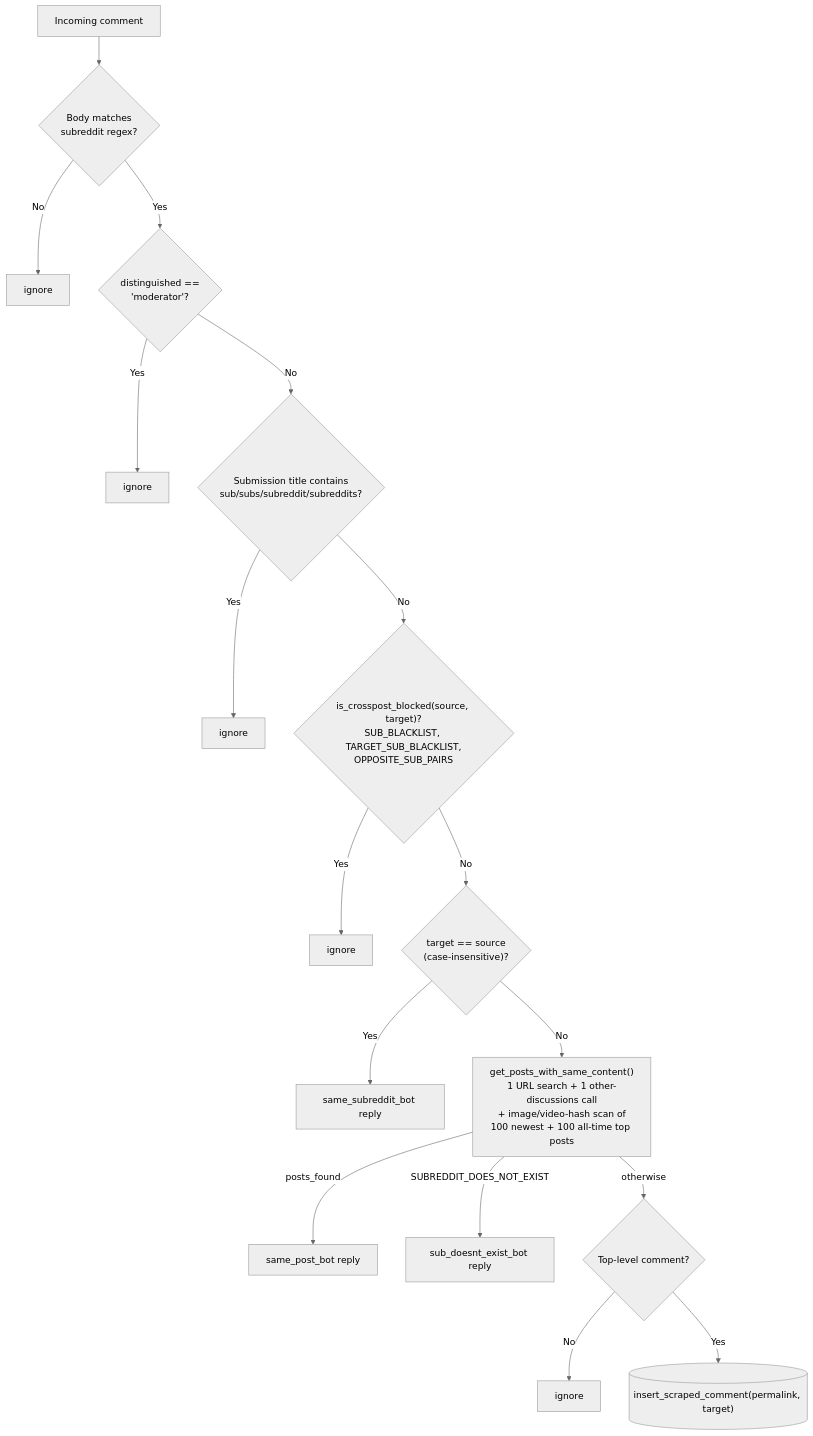
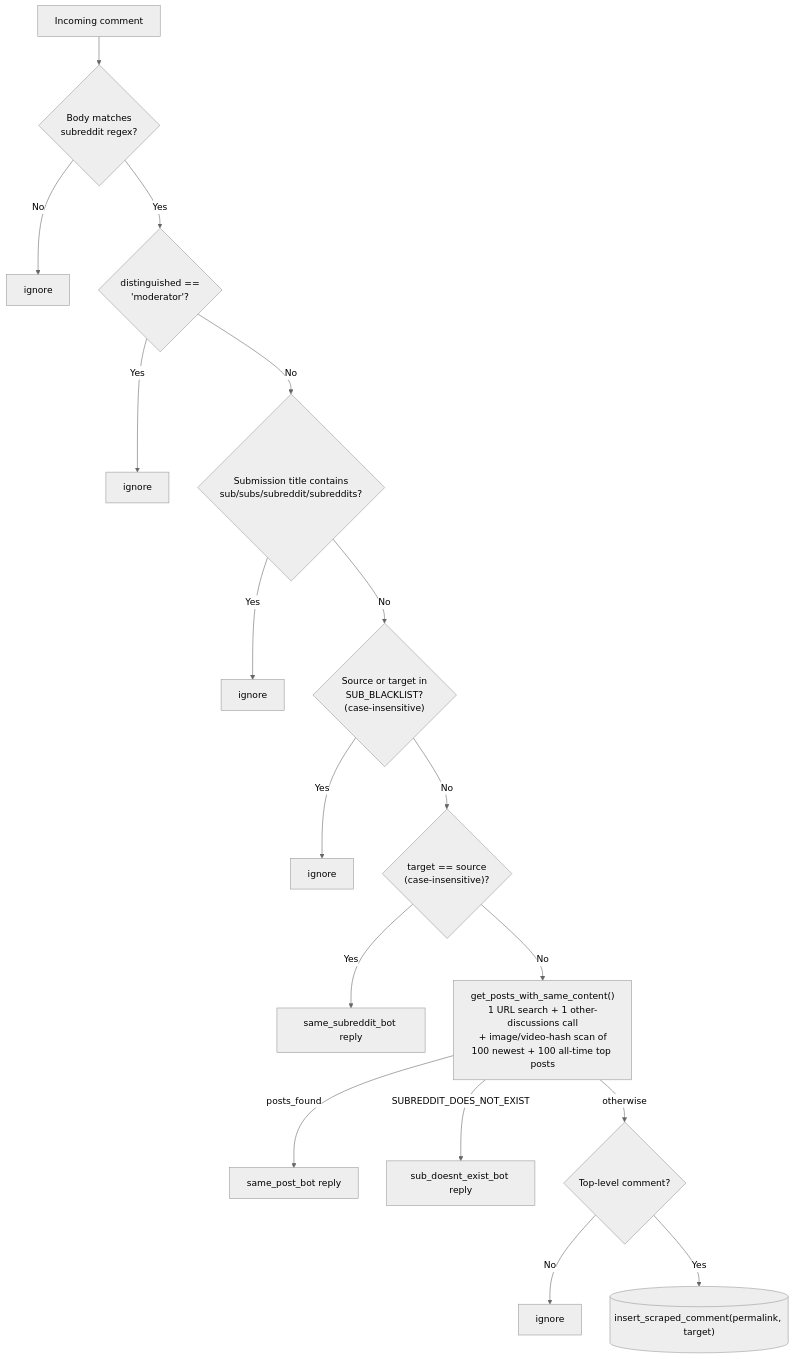
Before and after one commit to Toldry/RedditAutoCrosspostBot: the second of 3 diagrams in AGENTS.md, drawn with Mermaid (neutral theme). The commit also changed other lines of this file and 6 other files, not shown here.

First line of the commit message:
refactor: drop the target blocklist and opposite-pair blocklist

````diff
--- a/AGENTS.md
+++ b/AGENTS.md
@@ -82,19 +82,19 @@
 ```mermaid
 flowchart TD
     S["Incoming comment"] --> R{"Body matches\nsubreddit regex?"}
     R -->|No| X1["ignore"]
     R -->|Yes| M{"distinguished ==\n'moderator'?"}
     M -->|Yes| X2["ignore"]
     M -->|No| T{"Submission title contains\nsub/subs/subreddit/subreddits?"}
     T -->|Yes| X3["ignore"]
-    T -->|No| BL{"is_crosspost_blocked(source, target)?\nSUB_BLACKLIST, TARGET_SUB_BLACKLIST,\nOPPOSITE_SUB_PAIRS"}
+    T -->|No| BL{"Source or target in\nSUB_BLACKLIST?\n(case-insensitive)"}
     BL -->|Yes| X4["ignore"]
     BL -->|No| SS{"target == source\n(case-insensitive)?"}
     SS -->|Yes| A1["same_subreddit_bot reply"]
     SS -->|No| DUP["get_posts_with_same_content()\n1 URL search + 1 other-discussions call\n+ image/video-hash scan of\n100 newest + 100 all-time top posts"]
     DUP -->|posts_found| A2["same_post_bot reply"]
     DUP -->|SUBREDDIT_DOES_NOT_EXIST| A3["sub_doesnt_exist_bot reply"]
     DUP -->|otherwise| TL{"Top-level comment?"}
     TL -->|No| X5["ignore"]
     TL -->|Yes| DB[("insert_scraped_comment(permalink, target)")]
 ```
````
